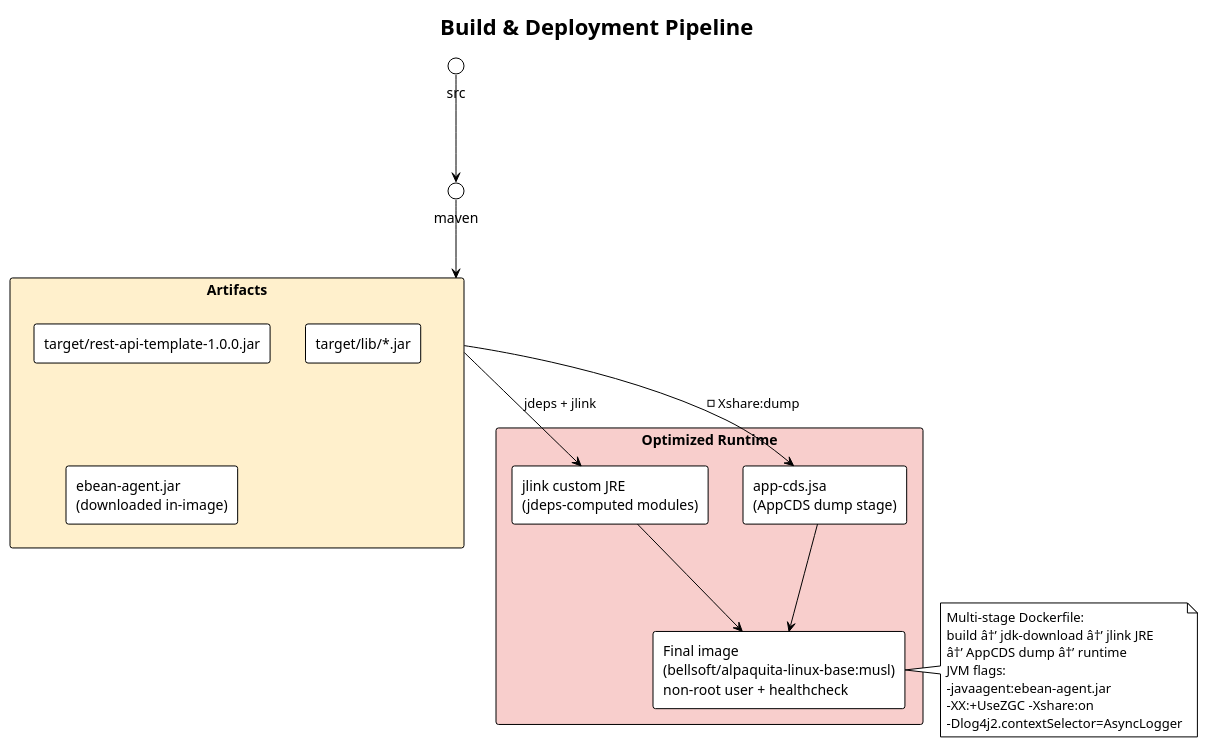
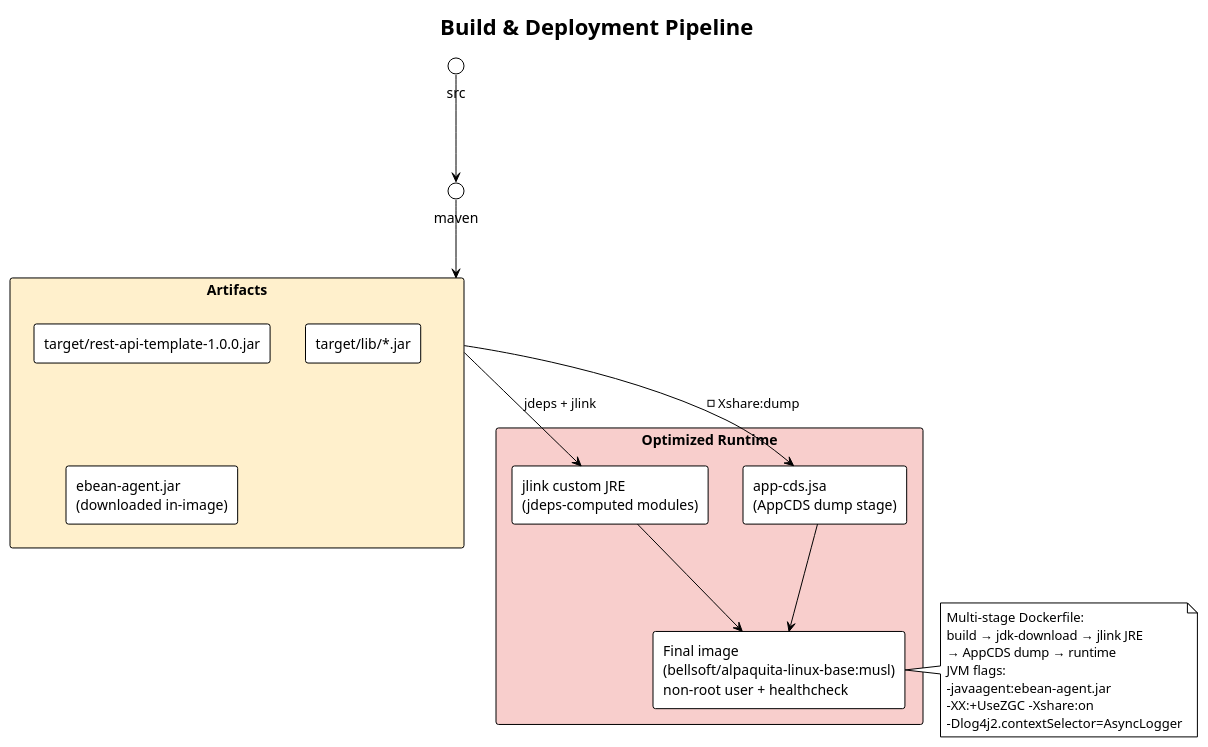
Before and after one commit to batzorigt/rest-api-template: the fifth of 5 diagrams in docs/architecture.md, drawn with PlantUML. The commit also changed other lines of this file, not shown here.

Commit message:
Fix encoding issues in architecture documentation

````diff
--- a/docs/architecture.md
+++ b/docs/architecture.md
@@ -329,37 +329,37 @@
 ```plantuml
 @startuml Build
 !theme plain
 title Build & Deployment Pipeline
 
 
 rectangle "Artifacts" as artifacts #fff0cc {
   rectangle "target/rest-api-template-1.0.0.jar" as jar
   rectangle "target/lib/*.jar" as libs
   rectangle "ebean-agent.jar\n(downloaded in-image)" as agent
 }
 
 rectangle "Optimized Runtime" as deploy #f8cecc {
   rectangle "jlink custom JRE\n(jdeps-computed modules)" as jre
   rectangle "app-cds.jsa\n(AppCDS dump stage)" as cds
   rectangle "Final image\n(bellsoft/alpaquita-linux-base:musl)\nnon-root user + healthcheck" as docker
 }
 
 src --> maven
 maven --> artifacts
 artifacts --> jre : "jdeps + jlink"
 artifacts --> cds : "-Xshare:dump"
 jre --> docker
 cds --> docker
 
 note right of docker
   Multi-stage Dockerfile:
-  build â†’ jdk-download â†’ jlink JRE
-  â†’ AppCDS dump â†’ runtime
+  build → jdk-download → jlink JRE
+  → AppCDS dump → runtime
   JVM flags:
   -javaagent:ebean-agent.jar
   -XX:+UseZGC -Xshare:on
   -Dlog4j2.contextSelector=AsyncLogger
 end note
 
 @enduml
 ```
````
